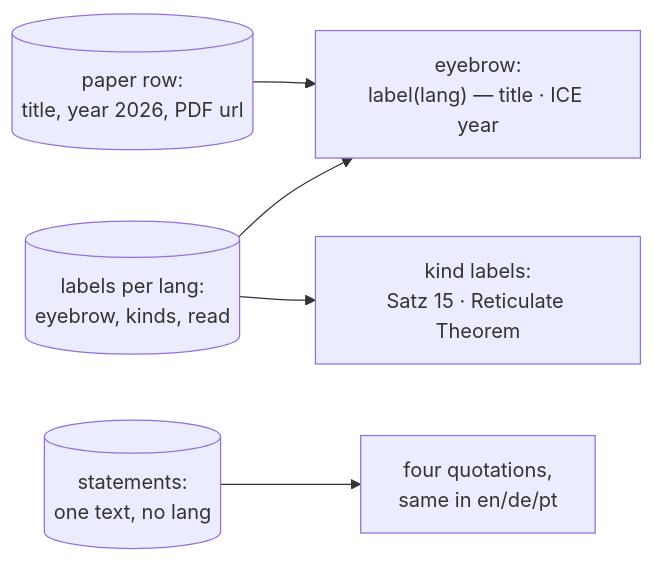
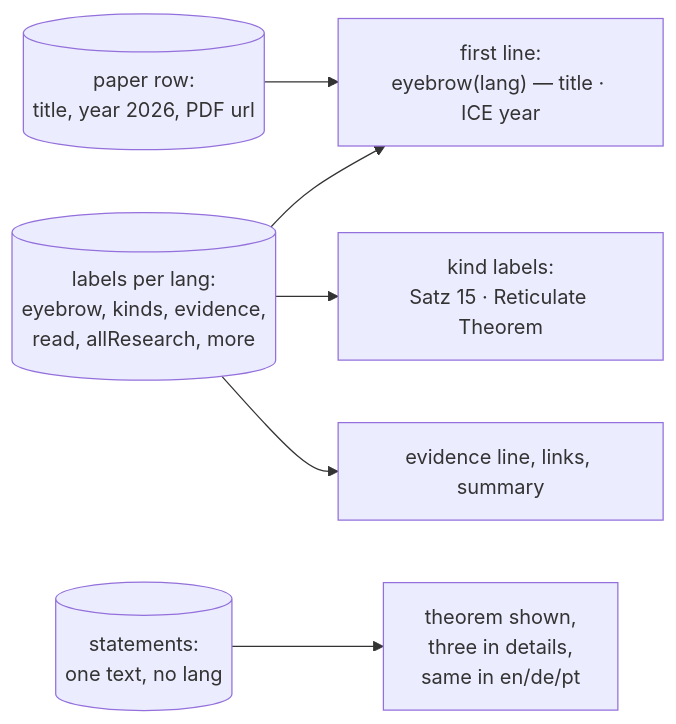
The third of 3 diagrams in docs/examples/home.md (zuacaldeira/zuacaldeira.com), drawn with Mermaid before and after one commit. The commit also changed other lines of this file and 4 other files, not shown here.

````diff
--- a/docs/examples/home.md
+++ b/docs/examples/home.md
@@ -102,7 +114,8 @@
 ```mermaid
 flowchart LR
-    P[(paper row:<br/>title, year 2026, PDF url)] --> E["eyebrow:<br/>label(lang) — title · ICE year"]
-    L[(labels per lang:<br/>eyebrow, kinds, read)] --> E
+    P[(paper row:<br/>title, year 2026, PDF url)] --> E["first line:<br/>eyebrow(lang) — title · ICE year"]
+    L[(labels per lang:<br/>eyebrow, kinds, evidence,<br/>read, allResearch, more)] --> E
     L --> K["kind labels:<br/>Satz 15 · Reticulate Theorem"]
-    Q[(statements:<br/>one text, no lang)] --> B["four quotations,<br/>same in en/de/pt"]
+    L --> V["evidence line, links, summary"]
+    Q[(statements:<br/>one text, no lang)] --> B["theorem shown,<br/>three in details,<br/>same in en/de/pt"]
 ```
````
